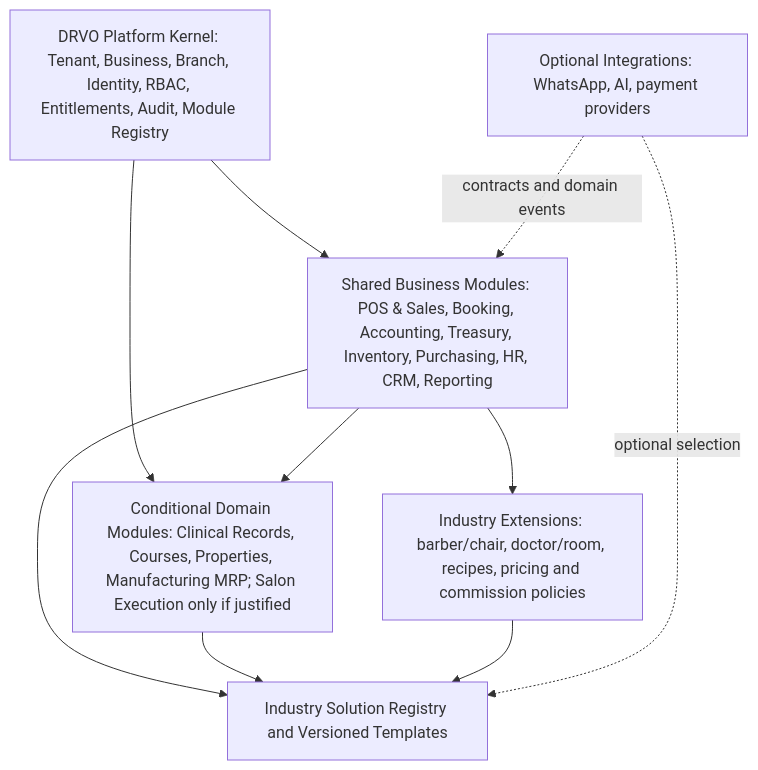
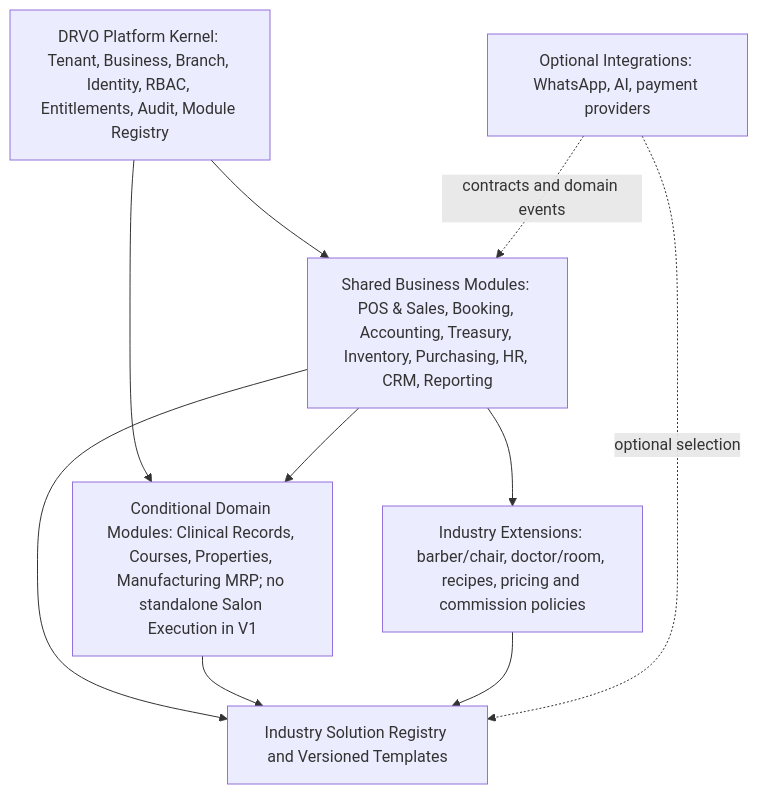
The diagram in docs/02-architecture/INDUSTRY-SOLUTIONS-ARCHITECTURE.md (tarek-saad-dev/drvo-erp), drawn with Mermaid before and after one commit. The commit also changed other lines of this file, not shown here.

Commit message:
docs: align progressive module activation and Salon V1 boundaries

````diff
--- a/docs/02-architecture/INDUSTRY-SOLUTIONS-ARCHITECTURE.md
+++ b/docs/02-architecture/INDUSTRY-SOLUTIONS-ARCHITECTURE.md
@@ -9,18 +9,18 @@
 ```mermaid
 flowchart TB
   P[DRVO Platform Kernel: Tenant, Business, Branch, Identity, RBAC, Entitlements, Audit, Module Registry]
   S[Shared Business Modules: POS & Sales, Booking, Accounting, Treasury, Inventory, Purchasing, HR, CRM, Reporting]
-  D[Conditional Domain Modules: Clinical Records, Courses, Properties, Manufacturing MRP; Salon Execution only if justified]
+  D[Conditional Domain Modules: Clinical Records, Courses, Properties, Manufacturing MRP; no standalone Salon Execution in V1]
   E[Industry Extensions: barber/chair, doctor/room, recipes, pricing and commission policies]
   X[Optional Integrations: WhatsApp, AI, payment providers]
   I[Industry Solution Registry and Versioned Templates]
   P --> S
   S --> E
   P --> D
   S --> D
   X -. contracts and domain events .-> S
   S --> I
   D --> I
   E --> I
   X -. optional selection .-> I
 ```
````
